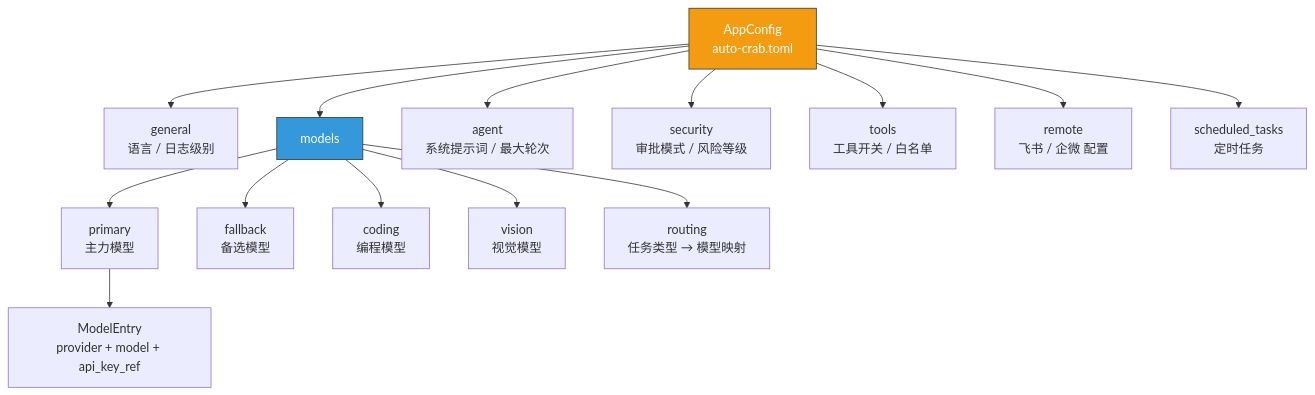
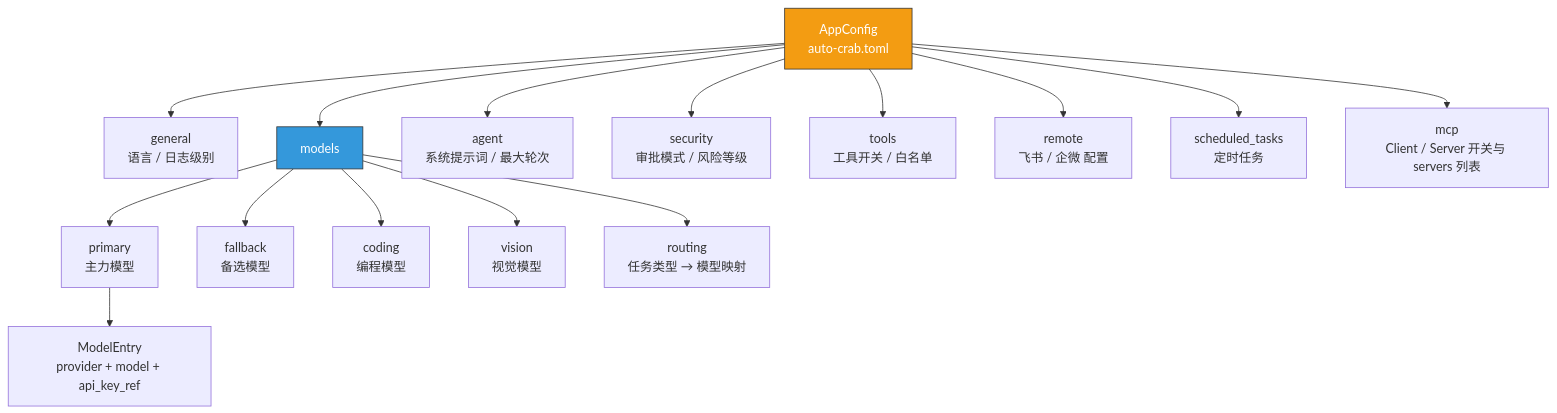
One commit to Zelexshow/auto-crab changed diagram 15 of 32 in docs/architecture.md. Above: the diagram before and after it, drawn with Mermaid. The commit also changed other lines of this file and 22 other files, not shown here.

````diff
--- a/docs/architecture.md
+++ b/docs/architecture.md
@@ -703,23 +704,24 @@
 ```mermaid
 graph TB
     CFG["AppConfig<br/>auto-crab.toml"]
 
     CFG --> G["general<br/>语言 / 日志级别"]
     CFG --> M["models"]
     CFG --> A["agent<br/>系统提示词 / 最大轮次"]
     CFG --> S["security<br/>审批模式 / 风险等级"]
     CFG --> T["tools<br/>工具开关 / 白名单"]
     CFG --> R["remote<br/>飞书 / 企微 配置"]
     CFG --> SC["scheduled_tasks<br/>定时任务"]
+    CFG --> MCP["mcp<br/>Client / Server 开关与 servers 列表"]
 
     M --> M1["primary<br/>主力模型"]
     M --> M2["fallback<br/>备选模型"]
     M --> M3["coding<br/>编程模型"]
     M --> M4["vision<br/>视觉模型"]
     M --> M5["routing<br/>任务类型 → 模型映射"]
 
     M1 --> ME["ModelEntry<br/>provider + model + api_key_ref"]
 
     style CFG fill:#F39C12,stroke:#333,color:#fff
     style M fill:#3498DB,stroke:#333,color:#fff
 ```
````
